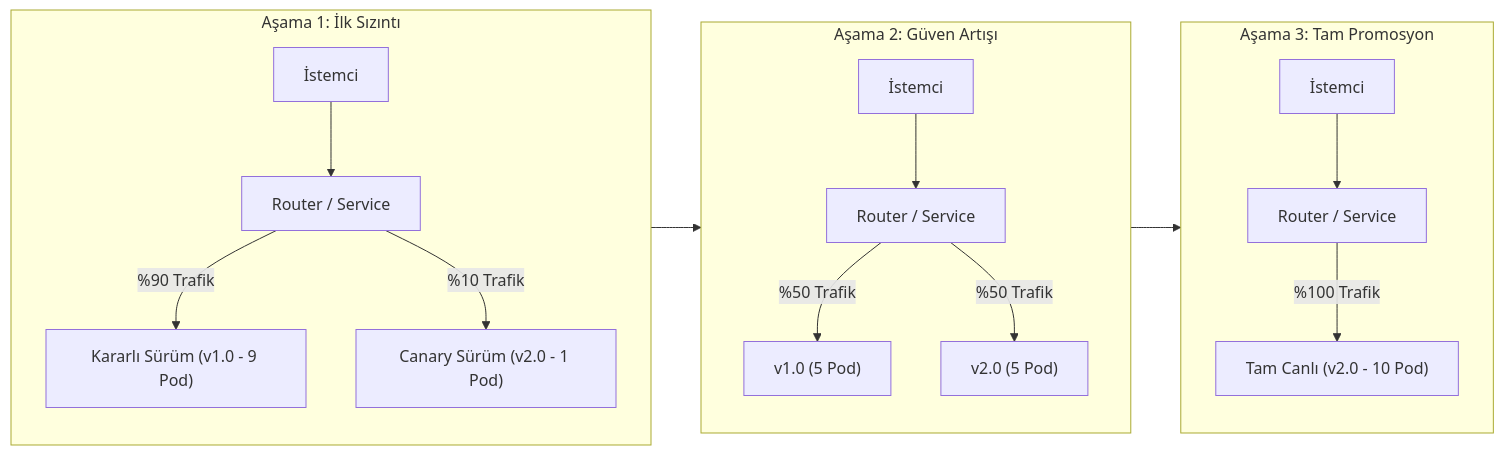
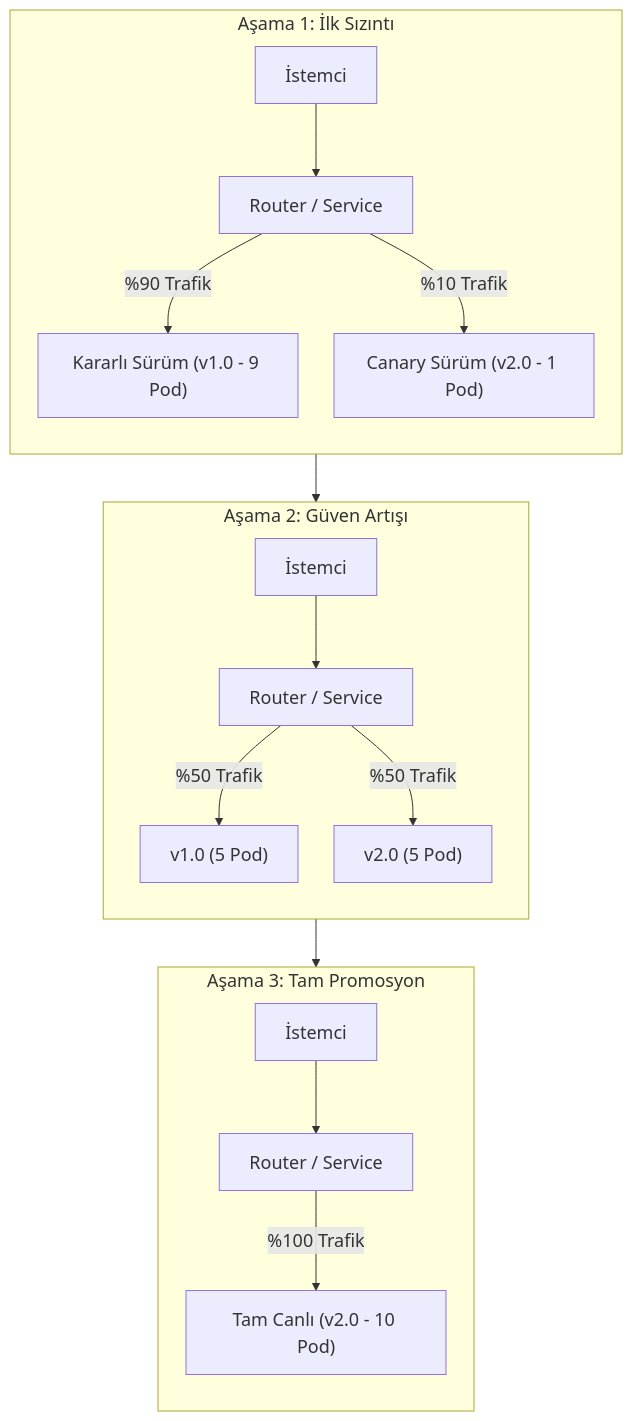
One commit to MTugce/k8s-labs changed the fourth of 4 diagrams in lab-08-deployment-strategies/README.md. Above: the diagram before and after it, drawn with Mermaid. The commit also changed other lines of this file, not shown here.

Commit message:
Keep Lab 8 Mermaid diagrams visible

````diff
--- a/lab-08-deployment-strategies/README.md
+++ b/lab-08-deployment-strategies/README.md
@@ -452,21 +443,24 @@
 ```mermaid
-flowchart LR
+%%{init: {'themeVariables': {'fontSize': '18px'}, 'flowchart': {'nodeSpacing': 36, 'rankSpacing': 48}}}%%
+flowchart TB
+  accTitle: Canary trafik aşamaları
+  accDescr: Yeni sürüme ayrılan trafiğin kademeli biçimde artırılmasını gösterir.
   subgraph C_Phase1["Aşama 1: İlk Sızıntı"]
     direction TB
     CLI1["İstemci"] --> LB1["Router / Service"]
     LB1 -->|%90 Trafik| V1_STABLE["Kararlı Sürüm (v1.0 - 9 Pod)"]
     LB1 -->|%10 Trafik| V2_CANARY["Canary Sürüm (v2.0 - 1 Pod)"]
   end
   subgraph C_Phase2["Aşama 2: Güven Artışı"]
     direction TB
     CLI2["İstemci"] --> LB2["Router / Service"]
     LB2 -->|%50 Trafik| V1_50["v1.0 (5 Pod)"]
     LB2 -->|%50 Trafik| V2_50["v2.0 (5 Pod)"]
   end
   subgraph C_Phase3["Aşama 3: Tam Promosyon"]
     direction TB
     CLI3["İstemci"] --> LB3["Router / Service"]
     LB3 -->|%100 Trafik| V2_FULL["Tam Canlı (v2.0 - 10 Pod)"]
   end
   C_Phase1 --> C_Phase2 --> C_Phase3
 ```
````
